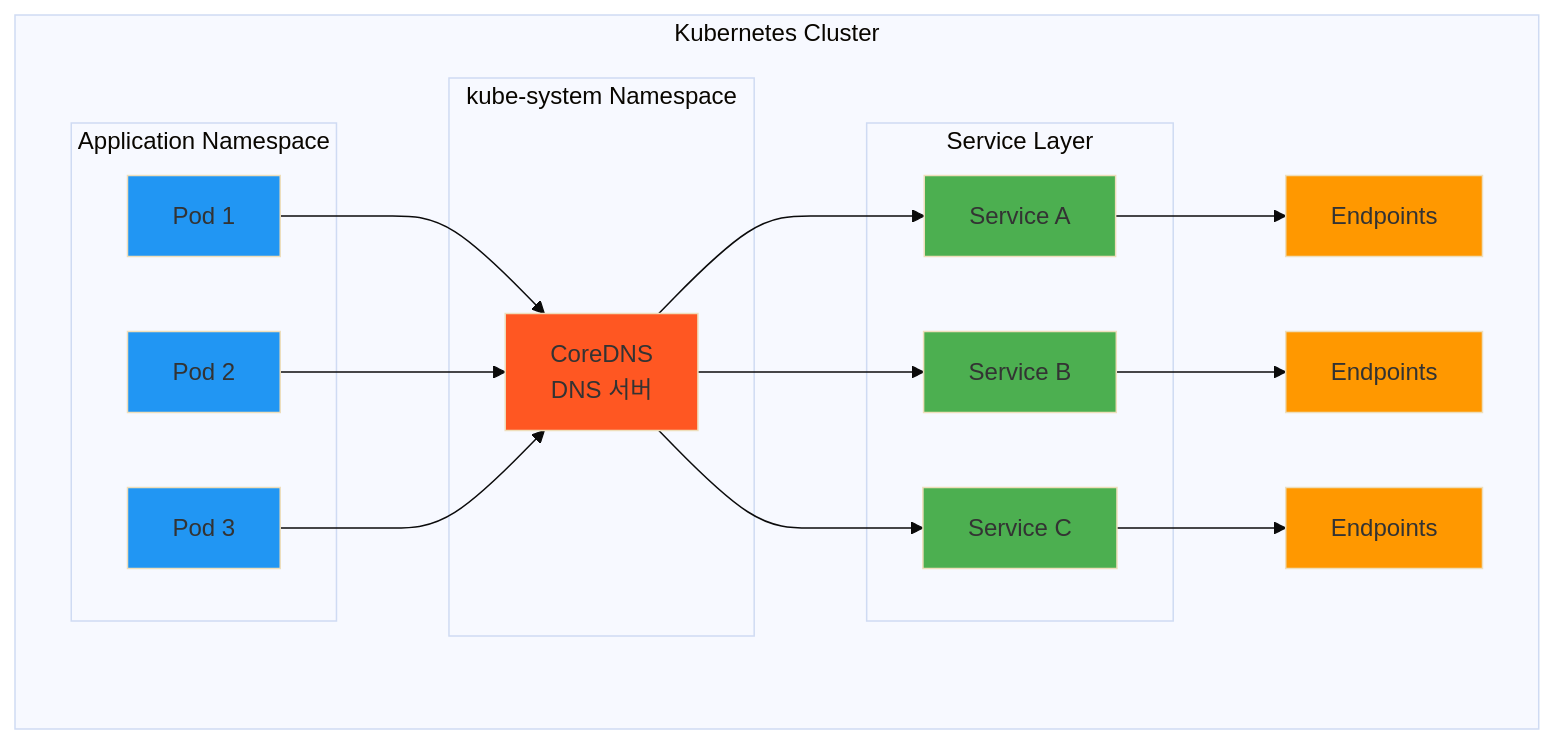
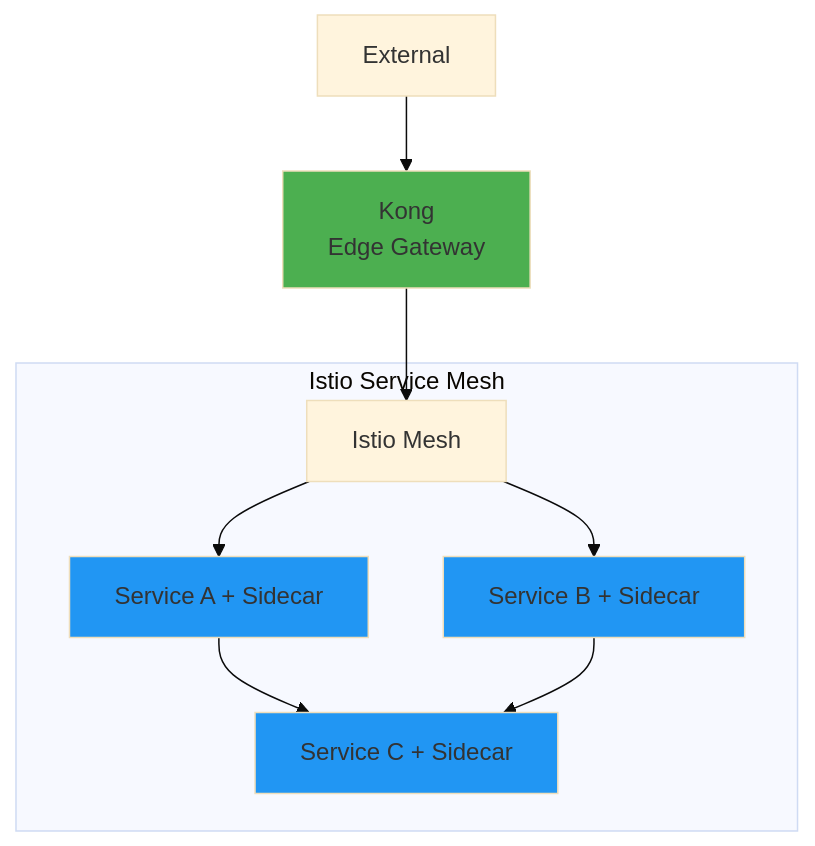
Before and after one commit to niceguy61/kdt_devops_lecture_2025: the fifth of 5 diagrams in theory/week_04/day2/session_2.md, drawn with Mermaid (base theme). The commit also changed other lines of this file and 2 other files, not shown here.

````diff
--- a/theory/week_04/day2/session_2.md
+++ b/theory/week_04/day2/session_2.md
@@ -358,39 +278,17 @@
 ```mermaid
 graph TB
-    subgraph "Kubernetes Cluster"
-        subgraph "kube-system Namespace"
-            CD[CoreDNS<br/>DNS 서버]
-        end
-        
-        subgraph "Application Namespace"
-            P1[Pod 1] --> CD
-            P2[Pod 2] --> CD
-            P3[Pod 3] --> CD
-        end
-        
-        subgraph "Service Layer"
-            S1[Service A]
-            S2[Service B]
-            S3[Service C]
-        end
-        
-        CD --> S1
-        CD --> S2
-        CD --> S3
-        
-        S1 --> E1[Endpoints]
-        S2 --> E2[Endpoints]
-        S3 --> E3[Endpoints]
+    A[External] --> B[Kong<br/>Edge Gateway]
+    B --> C[Istio Mesh]
+    
+    subgraph "Istio Service Mesh"
+        C --> D[Service A + Sidecar]
+        C --> E[Service B + Sidecar]
+        D --> F[Service C + Sidecar]
+        E --> F
     end
     
-    style CD fill:#ff5722
-    style P1 fill:#2196f3
-    style P2 fill:#2196f3
-    style P3 fill:#2196f3
-    style S1 fill:#4caf50
-    style S2 fill:#4caf50
-    style S3 fill:#4caf50
-    style E1 fill:#ff9800
-    style E2 fill:#ff9800
-    style E3 fill:#ff9800
+    style B fill:#4caf50
+    style D fill:#2196f3
+    style E fill:#2196f3
+    style F fill:#2196f3
 ```
````
